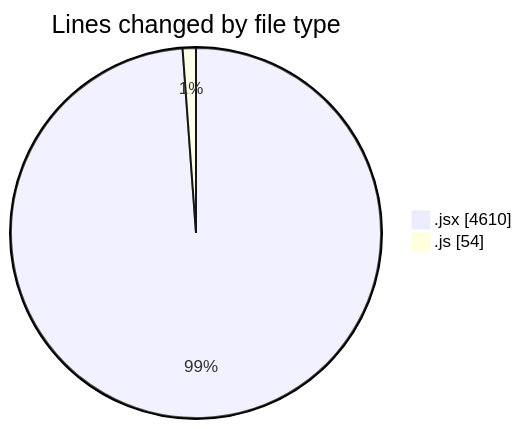
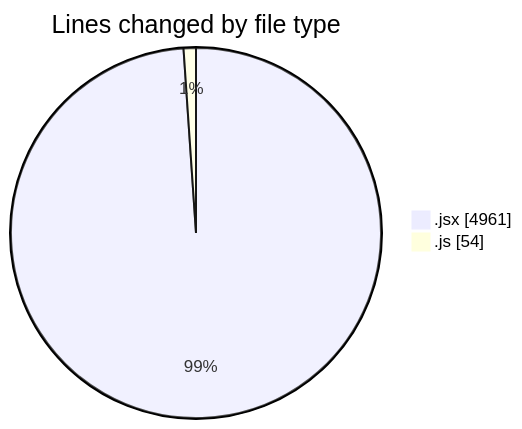
Before and after one commit to nxtqubesakshisongat/code-tracking: the first of 2 diagrams in 2025-06-25/nxtqube_webapp/README.md, drawn with Mermaid. The commit also changed other lines of this file and 1 other file, not shown here.

````diff
--- a/2025-06-25/nxtqube_webapp/README.md
+++ b/2025-06-25/nxtqube_webapp/README.md
@@ -24,6 +24,6 @@
 ```mermaid
 pie showData
 title Lines changed by file type
-".jsx" : 4610
+".jsx" : 4961
 ".js" : 54
 ```
````
